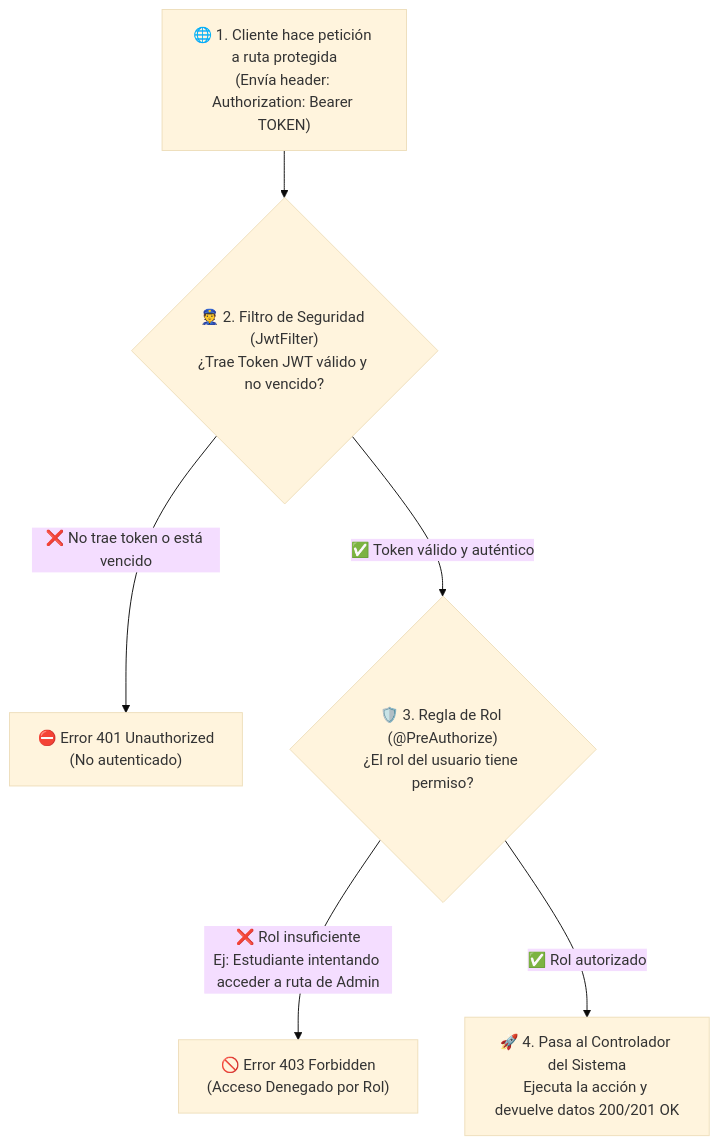
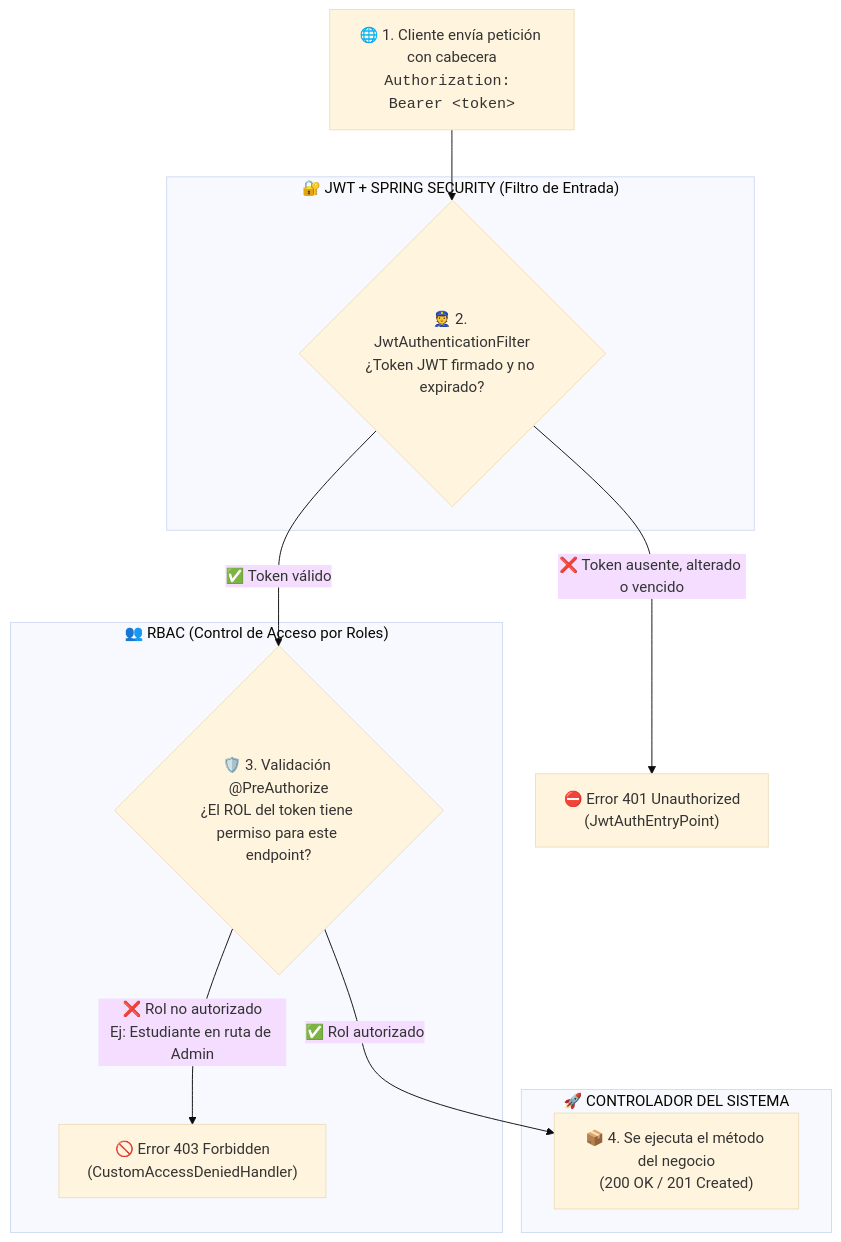
Before and after one commit to WRivxs/SGTU-Tutorias-Universitarias: the second of 2 diagrams in docs/Entrega3_Arquitectura_Seguridad.md, drawn with Mermaid (base theme). The commit also changed other lines of this file, not shown here.

Commit message:
docs: etiquetar visualmente las etapas de Spring Security, JWT y RBAC con subgraphs en los diagramas de flujo

````diff
--- a/docs/Entrega3_Arquitectura_Seguridad.md
+++ b/docs/Entrega3_Arquitectura_Seguridad.md
@@ -90,12 +100,19 @@
 ```mermaid
 flowchart TD
-    A["🌐 1. Cliente hace petición a ruta protegida<br/>(Envía header: Authorization: Bearer TOKEN)"] --> B{"👮 2. Filtro de Seguridad (JwtFilter)<br/>¿Trae Token JWT válido y no vencido?"}
-    
-    B -->|❌ No trae token o está vencido| C["⛔ Error 401 Unauthorized<br/>(No autenticado)"]
-    
-    B -->|✅ Token válido y auténtico| D{"🛡️ 3. Regla de Rol (@PreAuthorize)<br/>¿El rol del usuario tiene permiso?"}
-    
-    D -->|❌ Rol insuficiente<br/>Ej: Estudiante intentando acceder a ruta de Admin| E["🚫 Error 403 Forbidden<br/>(Acceso Denegado por Rol)"]
-    
-    D -->|✅ Rol autorizado| F["🚀 4. Pasa al Controlador del Sistema<br/>Ejecuta la acción y devuelve datos 200/201 OK"]
+    A["🌐 1. Cliente envía petición con cabecera<br/><code>Authorization: Bearer &lt;token&gt;</code>"] --> B
+
+    subgraph JWT2 ["🔐 JWT + SPRING SECURITY (Filtro de Entrada)"]
+        B{"👮 2. JwtAuthenticationFilter<br/>¿Token JWT firmado y no expirado?"}
+    end
+
+    B -->|❌ Token ausente, alterado o vencido| C["⛔ Error 401 Unauthorized<br/>(JwtAuthEntryPoint)"]
+
+    subgraph RBAC2 ["👥 RBAC (Control de Acceso por Roles)"]
+        B -->|✅ Token válido| D{"🛡️ 3. Validación @PreAuthorize<br/>¿El ROL del token tiene permiso para este endpoint?"}
+        D -->|❌ Rol no autorizado<br/>Ej: Estudiante en ruta de Admin| E["🚫 Error 403 Forbidden<br/>(CustomAccessDeniedHandler)"]
+    end
+
+    subgraph APP ["🚀 CONTROLADOR DEL SISTEMA"]
+        D -->|✅ Rol autorizado| F["📦 4. Se ejecuta el método del negocio<br/>(200 OK / 201 Created)"]
+    end
 ```
````
